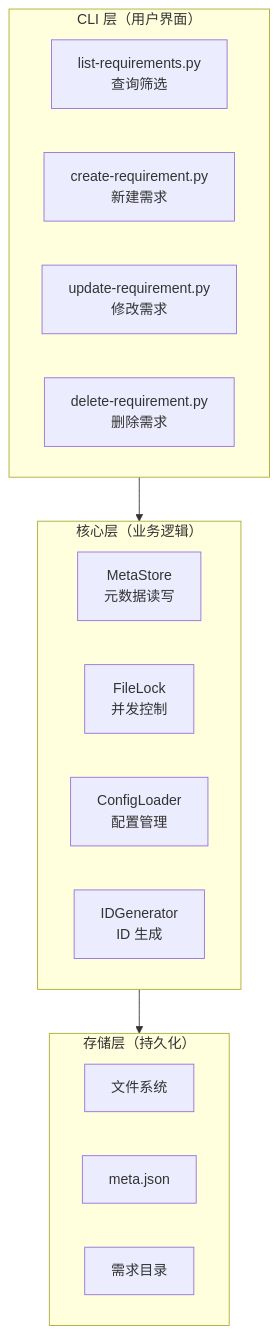
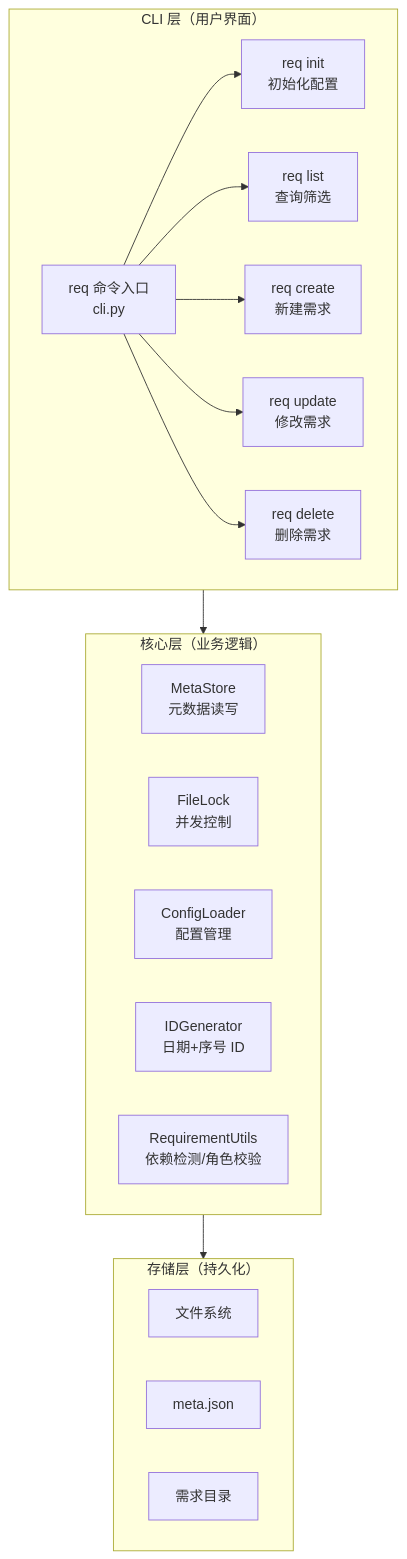
The first of 6 diagrams in docs/requirement-mgr-guide.md (HACK-WU/skills), drawn with Mermaid before and after one commit. The commit also changed other lines of this file and 10 other files, not shown here.

````diff
--- a/docs/requirement-mgr-guide.md
+++ b/docs/requirement-mgr-guide.md
@@ -177,25 +212,29 @@
 ```mermaid
 graph TB
     subgraph CLI["CLI 层（用户界面）"]
-        S2["list-requirements.py<br/>查询筛选"]
-        S3["create-requirement.py<br/>新建需求"]
-        S4["update-requirement.py<br/>修改需求"]
-        S5["delete-requirement.py<br/>删除需求"]
+        REQ["req 命令入口<br/>cli.py"]
+        S1["req init<br/>初始化配置"]
+        S2["req list<br/>查询筛选"]
+        S3["req create<br/>新建需求"]
+        S4["req update<br/>修改需求"]
+        S5["req delete<br/>删除需求"]
     end
     
     subgraph Core["核心层（业务逻辑）"]
         MetaS["MetaStore<br/>元数据读写"]
         LockF["FileLock<br/>并发控制"]
         ConfigL["ConfigLoader<br/>配置管理"]
-        IDGen["IDGenerator<br/>ID 生成"]
+        IDGen["IDGenerator<br/>日期+序号 ID"]
+        Utils["RequirementUtils<br/>依赖检测/角色校验"]
     end
     
     subgraph Store["存储层（持久化）"]
         FS["文件系统"]
         JSON["meta.json"]
         DIR["需求目录"]
     end
     
+    REQ --> S1 & S2 & S3 & S4 & S5
     CLI --> Core
     Core --> Store
 ```
````
